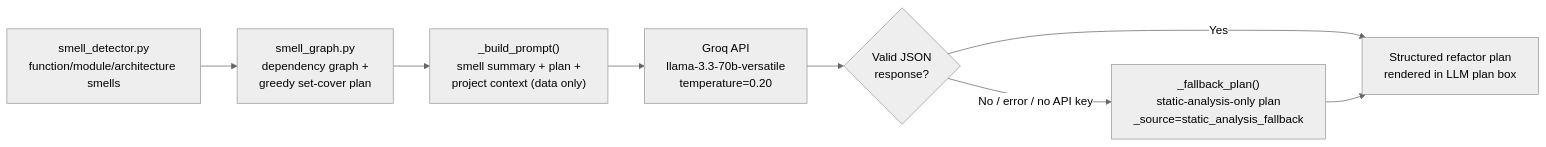
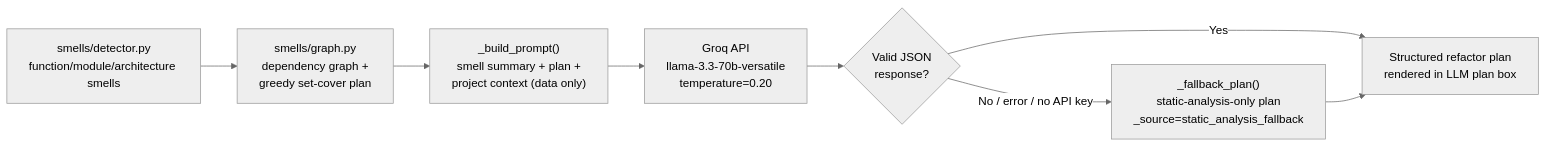
The seventh of 14 diagrams in docs/SRS.md (farjanasarker/Code_Base_Visualisation), drawn with Mermaid (neutral theme) before and after one commit. The commit also changed other lines of this file and 9 other files, not shown here.

````diff
--- a/docs/SRS.md
+++ b/docs/SRS.md
@@ -532,14 +532,14 @@
 ```mermaid
 flowchart LR
-    SD["smell_detector.py<br/>function/module/architecture smells"]
-    SG["smell_graph.py<br/>dependency graph +<br/>greedy set-cover plan"]
+    SD["smells/detector.py<br/>function/module/architecture smells"]
+    SG["smells/graph.py<br/>dependency graph +<br/>greedy set-cover plan"]
     PB["_build_prompt()<br/>smell summary + plan +<br/>project context (data only)"]
     LLM["Groq API<br/>llama-3.3-70b-versatile<br/>temperature=0.20"]
     PARSE{"Valid JSON<br/>response?"}
     PLAN["Structured refactor plan<br/>rendered in LLM plan box"]
     FALLBACK["_fallback_plan()<br/>static-analysis-only plan<br/>_source=static_analysis_fallback"]
 
     SD --> SG --> PB --> LLM --> PARSE
     PARSE -- Yes --> PLAN
     PARSE -- "No / error / no API key" --> FALLBACK --> PLAN
 ```
````
